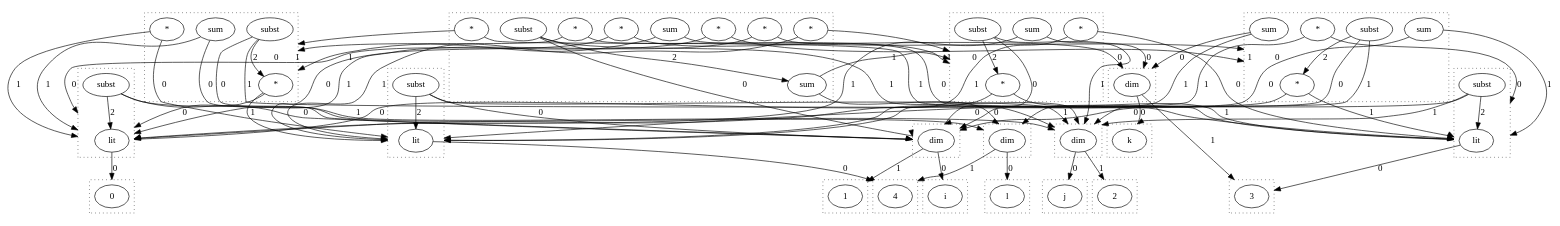
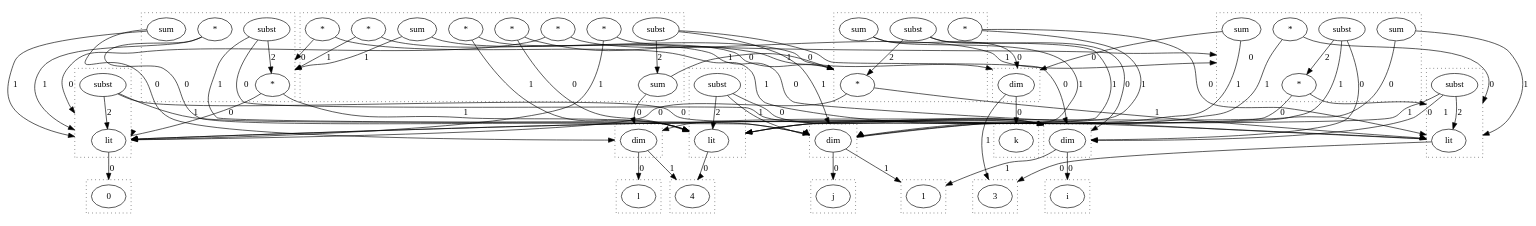
One commit to wormhole-optimization/warp changed the diagram in dots/test.dot. Above: the diagram before and after it, drawn with Graphviz. The commit also changed 5 other files, not shown here.

```diff
--- a/dots/test.dot
+++ b/dots/test.dot
@@ -1,172 +1,168 @@
 digraph {
   compound=true
   subgraph cluster_0 {
     style=dotted
     0.0[label = "i"]
   }
   subgraph cluster_1 {
     style=dotted
     1.0[label = "1"]
   }
   subgraph cluster_2 {
     style=dotted
     2.0[label = "dim"]
   }
   subgraph cluster_3 {
     style=dotted
     3.0[label = "j"]
   }
   subgraph cluster_4 {
     style=dotted
-    4.0[label = "2"]
+    4.0[label = "dim"]
   }
   subgraph cluster_5 {
     style=dotted
-    5.0[label = "dim"]
+    5.0[label = "k"]
   }
   subgraph cluster_6 {
     style=dotted
-    6.0[label = "k"]
+    6.0[label = "3"]
   }
   subgraph cluster_7 {
     style=dotted
-    7.0[label = "3"]
+    7.0[label = "dim"]
   }
   subgraph cluster_8 {
     style=dotted
-    8.0[label = "dim"]
+    8.0[label = "l"]
   }
   subgraph cluster_9 {
     style=dotted
-    9.0[label = "l"]
+    9.0[label = "4"]
   }
   subgraph cluster_10 {
     style=dotted
-    10.0[label = "4"]
+    10.0[label = "dim"]
   }
   subgraph cluster_11 {
     style=dotted
-    11.0[label = "dim"]
+    11.0[label = "0"]
   }
-  subgraph cluster_12 {
+  subgraph cluster_15 {
     style=dotted
-    12.0[label = "0"]
+    15.0[label = "sum"]
+    15.1[label = "subst"]
+    15.2[label = "sum"]
+    15.3[label = "*"]
+    15.4[label = "*"]
+    15.5[label = "*"]
+    15.6[label = "*"]
+    15.7[label = "*"]
+    15.8[label = "*"]
   }
-  subgraph cluster_16 {
+  subgraph cluster_18 {
     style=dotted
-    16.0[label = "sum"]
-    16.1[label = "subst"]
-    16.2[label = "sum"]
-    16.3[label = "*"]
-    16.4[label = "*"]
-    16.5[label = "*"]
-    16.6[label = "*"]
-    16.7[label = "*"]
-    16.8[label = "*"]
+    18.0[label = "*"]
+    18.1[label = "sum"]
+    18.2[label = "*"]
+    18.3[label = "subst"]
   }
-  subgraph cluster_19 {
+  subgraph cluster_20 {
     style=dotted
-    19.0[label = "*"]
-    19.1[label = "sum"]
-    19.2[label = "*"]
-    19.3[label = "subst"]
+    20.0[label = "*"]
+    20.1[label = "sum"]
+    20.2[label = "*"]
+    20.3[label = "subst"]
   }
-  subgraph cluster_21 {
+  subgraph cluster_48 {
     style=dotted
-    21.0[label = "*"]
-    21.1[label = "sum"]
-    21.2[label = "*"]
-    21.3[label = "subst"]
+    48.0[label = "lit"]
+    48.1[label = "subst"]
   }
-  subgraph cluster_49 {
+  subgraph cluster_50 {
     style=dotted
-    49.0[label = "lit"]
-    49.1[label = "subst"]
+    50.0[label = "lit"]
+    50.1[label = "subst"]
   }
-  subgraph cluster_51 {
+  subgraph cluster_52 {
     style=dotted
-    51.0[label = "lit"]
-    51.1[label = "subst"]
+    52.0[label = "lit"]
+    52.1[label = "subst"]
   }
   subgraph cluster_53 {
     style=dotted
-    53.0[label = "lit"]
-    53.1[label = "subst"]
-  }
-  subgraph cluster_54 {
-    style=dotted
-    54.0[label = "*"]
-    54.1[label = "sum"]
-    54.2[label = "subst"]
-    54.3[label = "*"]
-    54.4[label = "sum"]
+    53.0[label = "*"]
+    53.1[label = "sum"]
+    53.2[label = "subst"]
+    53.3[label = "*"]
+    53.4[label = "sum"]
   }
   2.0 -> 0.0 [lhead = cluster_0, label = 0]
   2.0 -> 1.0 [lhead = cluster_1, label = 1]
-  5.0 -> 3.0 [lhead = cluster_3, label = 0]
-  5.0 -> 4.0 [lhead = cluster_4, label = 1]
-  8.0 -> 6.0 [lhead = cluster_6, label = 0]
-  8.0 -> 7.0 [lhead = cluster_7, label = 1]
-  11.0 -> 9.0 [lhead = cluster_9, label = 0]
-  11.0 -> 10.0 [lhead = cluster_10, label = 1]
-  16.0 -> 11.0 [lhead = cluster_11, label = 0]
-  16.0 -> 19.0 [lhead = cluster_19, label = 1]
-  16.1 -> 2.0 [lhead = cluster_2, label = 0]
-  16.1 -> 5.0 [lhead = cluster_5, label = 1]
-  16.1 -> 16.0 [lhead = cluster_16, label = 2]
-  16.2 -> 8.0 [lhead = cluster_8, label = 0]
-  16.2 -> 21.0 [lhead = cluster_21, label = 1]
-  16.3 -> 19.0 [lhead = cluster_19, label = 0]
-  16.3 -> 49.0 [lhead = cluster_49, label = 1]
-  16.4 -> 21.0 [lhead = cluster_21, label = 0]
-  16.4 -> 51.0 [lhead = cluster_51, label = 1]
-  16.5 -> 49.0 [lhead = cluster_49, label = 0]
-  16.5 -> 19.0 [lhead = cluster_19, label = 1]
-  16.6 -> 51.0 [lhead = cluster_51, label = 0]
-  16.6 -> 21.0 [lhead = cluster_21, label = 1]
-  16.7 -> 53.0 [lhead = cluster_53, label = 0]
-  16.7 -> 54.0 [lhead = cluster_54, label = 1]
-  16.8 -> 54.0 [lhead = cluster_54, label = 0]
-  16.8 -> 53.0 [lhead = cluster_53, label = 1]
-  19.0 -> 53.0 [lhead = cluster_53, label = 0]
-  19.0 -> 51.0 [lhead = cluster_51, label = 1]
-  19.1 -> 8.0 [lhead = cluster_8, label = 0]
-  19.1 -> 53.0 [lhead = cluster_53, label = 1]
-  19.2 -> 51.0 [lhead = cluster_51, label = 0]
-  19.2 -> 53.0 [lhead = cluster_53, label = 1]
-  19.3 -> 2.0 [lhead = cluster_2, label = 0]
-  19.3 -> 5.0 [lhead = cluster_5, label = 1]
-  19.3 -> 19.0 [lhead = cluster_19, label = 2]
-  21.0 -> 53.0 [lhead = cluster_53, label = 0]
-  21.0 -> 49.0 [lhead = cluster_49, label = 1]
-  21.1 -> 11.0 [lhead = cluster_11, label = 0]
-  21.1 -> 53.0 [lhead = cluster_53, label = 1]
-  21.2 -> 49.0 [lhead = cluster_49, label = 0]
-  21.2 -> 53.0 [lhead = cluster_53, label = 1]
-  21.3 -> 2.0 [lhead = cluster_2, label = 0]
-  21.3 -> 5.0 [lhead = cluster_5, label = 1]
-  21.3 -> 21.0 [lhead = cluster_21, label = 2]
-  49.0 -> 10.0 [lhead = cluster_10, label = 0]
-  49.1 -> 2.0 [lhead = cluster_2, label = 0]
-  49.1 -> 5.0 [lhead = cluster_5, label = 1]
-  49.1 -> 49.0 [lhead = cluster_49, label = 2]
-  51.0 -> 7.0 [lhead = cluster_7, label = 0]
-  51.1 -> 2.0 [lhead = cluster_2, label = 0]
-  51.1 -> 5.0 [lhead = cluster_5, label = 1]
-  51.1 -> 51.0 [lhead = cluster_51, label = 2]
-  53.0 -> 12.0 [lhead = cluster_12, label = 0]
-  53.1 -> 2.0 [lhead = cluster_2, label = 0]
-  53.1 -> 5.0 [lhead = cluster_5, label = 1]
-  53.1 -> 53.0 [lhead = cluster_53, label = 2]
-  54.0 -> 49.0 [lhead = cluster_49, label = 0]
-  54.0 -> 51.0 [lhead = cluster_51, label = 1]
-  54.1 -> 8.0 [lhead = cluster_8, label = 0]
-  54.1 -> 49.0 [lhead = cluster_49, label = 1]
-  54.2 -> 2.0 [lhead = cluster_2, label = 0]
-  54.2 -> 5.0 [lhead = cluster_5, label = 1]
-  54.2 -> 54.0 [lhead = cluster_54, label = 2]
-  54.3 -> 51.0 [lhead = cluster_51, label = 0]
-  54.3 -> 49.0 [lhead = cluster_49, label = 1]
-  54.4 -> 11.0 [lhead = cluster_11, label = 0]
-  54.4 -> 51.0 [lhead = cluster_51, label = 1]
+  4.0 -> 3.0 [lhead = cluster_3, label = 0]
+  4.0 -> 1.0 [lhead = cluster_1, label = 1]
+  7.0 -> 5.0 [lhead = cluster_5, label = 0]
+  7.0 -> 6.0 [lhead = cluster_6, label = 1]
+  10.0 -> 8.0 [lhead = cluster_8, label = 0]
+  10.0 -> 9.0 [lhead = cluster_9, label = 1]
+  15.0 -> 10.0 [lhead = cluster_10, label = 0]
+  15.0 -> 18.0 [lhead = cluster_18, label = 1]
+  15.1 -> 2.0 [lhead = cluster_2, label = 0]
+  15.1 -> 4.0 [lhead = cluster_4, label = 1]
+  15.1 -> 15.0 [lhead = cluster_15, label = 2]
+  15.2 -> 7.0 [lhead = cluster_7, label = 0]
+  15.2 -> 20.0 [lhead = cluster_20, label = 1]
+  15.3 -> 18.0 [lhead = cluster_18, label = 0]
+  15.3 -> 48.0 [lhead = cluster_48, label = 1]
+  15.4 -> 20.0 [lhead = cluster_20, label = 0]
+  15.4 -> 50.0 [lhead = cluster_50, label = 1]
+  15.5 -> 48.0 [lhead = cluster_48, label = 0]
+  15.5 -> 18.0 [lhead = cluster_18, label = 1]
+  15.6 -> 50.0 [lhead = cluster_50, label = 0]
+  15.6 -> 20.0 [lhead = cluster_20, label = 1]
+  15.7 -> 52.0 [lhead = cluster_52, label = 0]
+  15.7 -> 53.0 [lhead = cluster_53, label = 1]
+  15.8 -> 53.0 [lhead = cluster_53, label = 0]
+  15.8 -> 52.0 [lhead = cluster_52, label = 1]
+  18.0 -> 52.0 [lhead = cluster_52, label = 0]
+  18.0 -> 50.0 [lhead = cluster_50, label = 1]
+  18.1 -> 7.0 [lhead = cluster_7, label = 0]
+  18.1 -> 52.0 [lhead = cluster_52, label = 1]
+  18.2 -> 50.0 [lhead = cluster_50, label = 0]
+  18.2 -> 52.0 [lhead = cluster_52, label = 1]
+  18.3 -> 2.0 [lhead = cluster_2, label = 0]
+  18.3 -> 4.0 [lhead = cluster_4, label = 1]
+  18.3 -> 18.0 [lhead = cluster_18, label = 2]
+  20.0 -> 52.0 [lhead = cluster_52, label = 0]
+  20.0 -> 48.0 [lhead = cluster_48, label = 1]
+  20.1 -> 10.0 [lhead = cluster_10, label = 0]
+  20.1 -> 52.0 [lhead = cluster_52, label = 1]
+  20.2 -> 48.0 [lhead = cluster_48, label = 0]
+  20.2 -> 52.0 [lhead = cluster_52, label = 1]
+  20.3 -> 2.0 [lhead = cluster_2, label = 0]
+  20.3 -> 4.0 [lhead = cluster_4, label = 1]
+  20.3 -> 20.0 [lhead = cluster_20, label = 2]
+  48.0 -> 9.0 [lhead = cluster_9, label = 0]
+  48.1 -> 2.0 [lhead = cluster_2, label = 0]
+  48.1 -> 4.0 [lhead = cluster_4, label = 1]
+  48.1 -> 48.0 [lhead = cluster_48, label = 2]
+  50.0 -> 6.0 [lhead = cluster_6, label = 0]
+  50.1 -> 2.0 [lhead = cluster_2, label = 0]
+  50.1 -> 4.0 [lhead = cluster_4, label = 1]
+  50.1 -> 50.0 [lhead = cluster_50, label = 2]
+  52.0 -> 11.0 [lhead = cluster_11, label = 0]
+  52.1 -> 2.0 [lhead = cluster_2, label = 0]
+  52.1 -> 4.0 [lhead = cluster_4, label = 1]
+  52.1 -> 52.0 [lhead = cluster_52, label = 2]
+  53.0 -> 48.0 [lhead = cluster_48, label = 0]
+  53.0 -> 50.0 [lhead = cluster_50, label = 1]
+  53.1 -> 7.0 [lhead = cluster_7, label = 0]
+  53.1 -> 48.0 [lhead = cluster_48, label = 1]
+  53.2 -> 2.0 [lhead = cluster_2, label = 0]
+  53.2 -> 4.0 [lhead = cluster_4, label = 1]
+  53.2 -> 53.0 [lhead = cluster_53, label = 2]
+  53.3 -> 50.0 [lhead = cluster_50, label = 0]
+  53.3 -> 48.0 [lhead = cluster_48, label = 1]
+  53.4 -> 10.0 [lhead = cluster_10, label = 0]
+  53.4 -> 50.0 [lhead = cluster_50, label = 1]
 }
```
